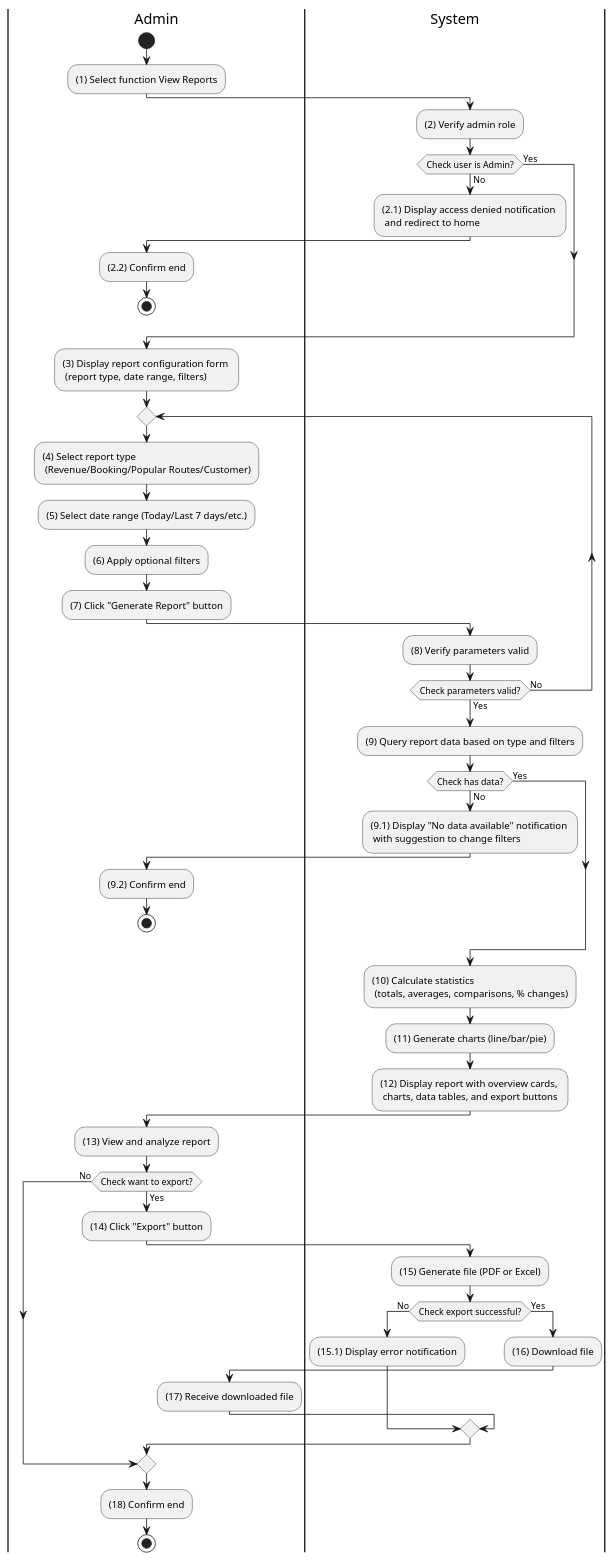
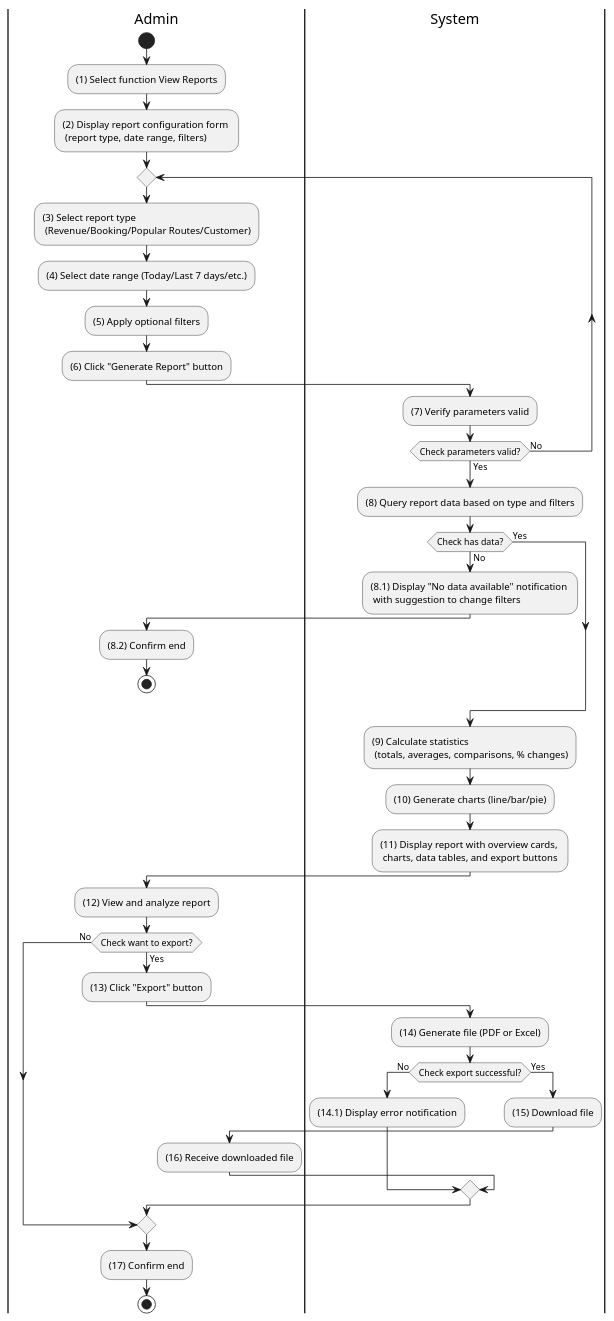
The diagram in docs/docs/activity/view-reports/view-reports.md (taskpilot-platform/taskpilot-platform.github.io), drawn with PlantUML before and after one commit. The commit also changed 7 other files, not shown here.

Commit message:
feat: Add activity diagrams for Auth.

`````diff
--- a/docs/docs/activity/view-reports/view-reports.md
+++ b/docs/docs/activity/view-reports/view-reports.md
@@ -3,78 +3,68 @@
 ````plantuml
 @startuml
 |A|Admin
 |S|System
 
 |A|
 start
 
 :(1) Select function View Reports;
 
-|S|
-:(2) Verify admin role;
 
-if (Check user is Admin?) then (No)
-  :(2.1) Display access denied notification \n and redirect to home;
-  |A|
-  :(2.2) Confirm end;
-  stop
-else (Yes)
-endif
-
-:(3) Display report configuration form \n (report type, date range, filters);
+:(2) Display report configuration form \n (report type, date range, filters);
 
 repeat
   |A|
-  :(4) Select report type \n (Revenue/Booking/Popular Routes/Customer);
-  :(5) Select date range (Today/Last 7 days/etc.);
-  :(6) Apply optional filters;
-  :(7) Click "Generate Report" button;
+  :(3) Select report type \n (Revenue/Booking/Popular Routes/Customer);
+  :(4) Select date range (Today/Last 7 days/etc.);
+  :(5) Apply optional filters;
+  :(6) Click "Generate Report" button;
 
   |S|
-  :(8) Verify parameters valid;
+  :(7) Verify parameters valid;
 repeat while (Check parameters valid?) is (No) not (Yes)
 
-:(9) Query report data based on type and filters;
+:(8) Query report data based on type and filters;
 
 if (Check has data?) then (No)
-  :(9.1) Display "No data available" notification \n with suggestion to change filters;
+  :(8.1) Display "No data available" notification \n with suggestion to change filters;
   |A|
-  :(9.2) Confirm end;
+  :(8.2) Confirm end;
   stop
 else (Yes)
   |S|
 endif
 
-:(10) Calculate statistics \n (totals, averages, comparisons, % changes);
-:(11) Generate charts (line/bar/pie);
-:(12) Display report with overview cards, \n charts, data tables, and export buttons;
+:(9) Calculate statistics \n (totals, averages, comparisons, % changes);
+:(10) Generate charts (line/bar/pie);
+:(11) Display report with overview cards, \n charts, data tables, and export buttons;
 
 |A|
-:(13) View and analyze report;
+:(12) View and analyze report;
 
 if (Check want to export?) then (Yes)
-  :(14) Click "Export" button;
+  :(13) Click "Export" button;
 
   |S|
-  :(15) Generate file (PDF or Excel);
+  :(14) Generate file (PDF or Excel);
 
   if (Check export successful?) then (No)
-    :(15.1) Display error notification;
+    :(14.1) Display error notification;
     |A|
   else (Yes)
     |S|
-    :(16) Download file;
+    :(15) Download file;
     |A|
-    :(17) Receive downloaded file;
+    :(16) Receive downloaded file;
   endif
   |A|
 else (No)
 endif
 
-:(18) Confirm end;
+:(17) Confirm end;
 
 stop
 
 @enduml
 ```<!-- diagram id="activity-view-reports-view-reports" -->
 ````
`````
